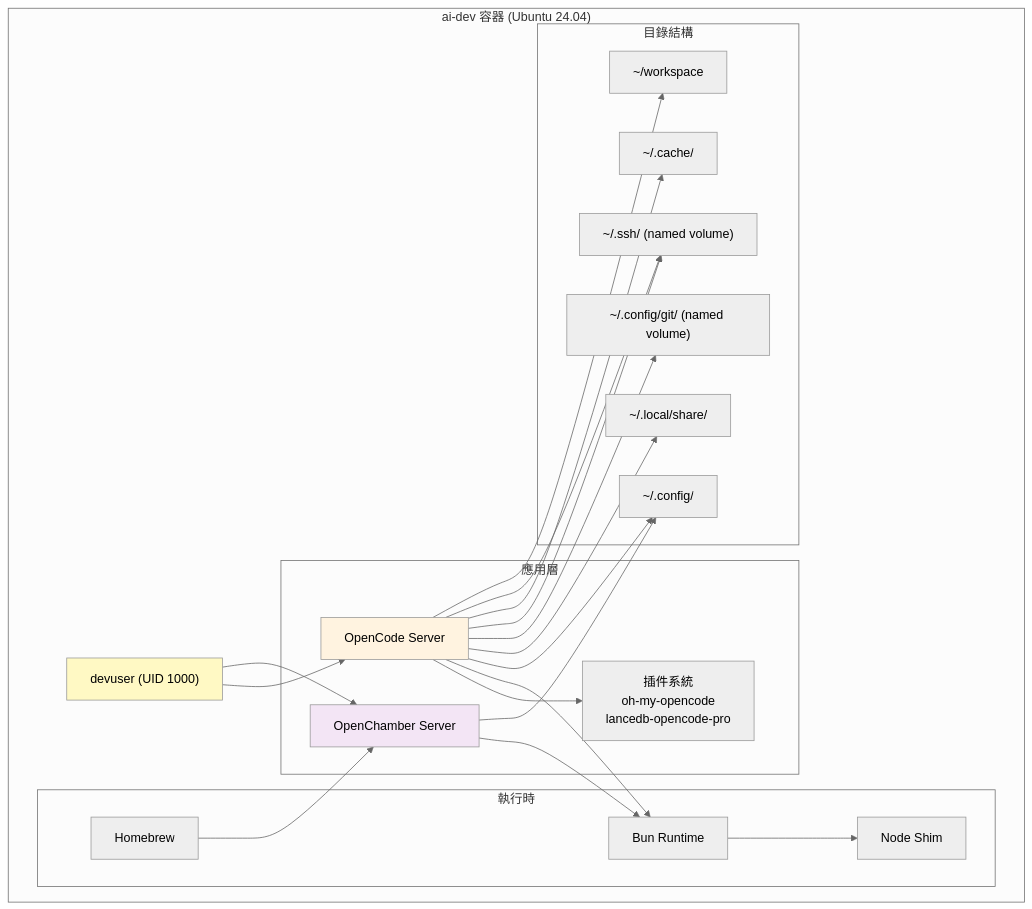
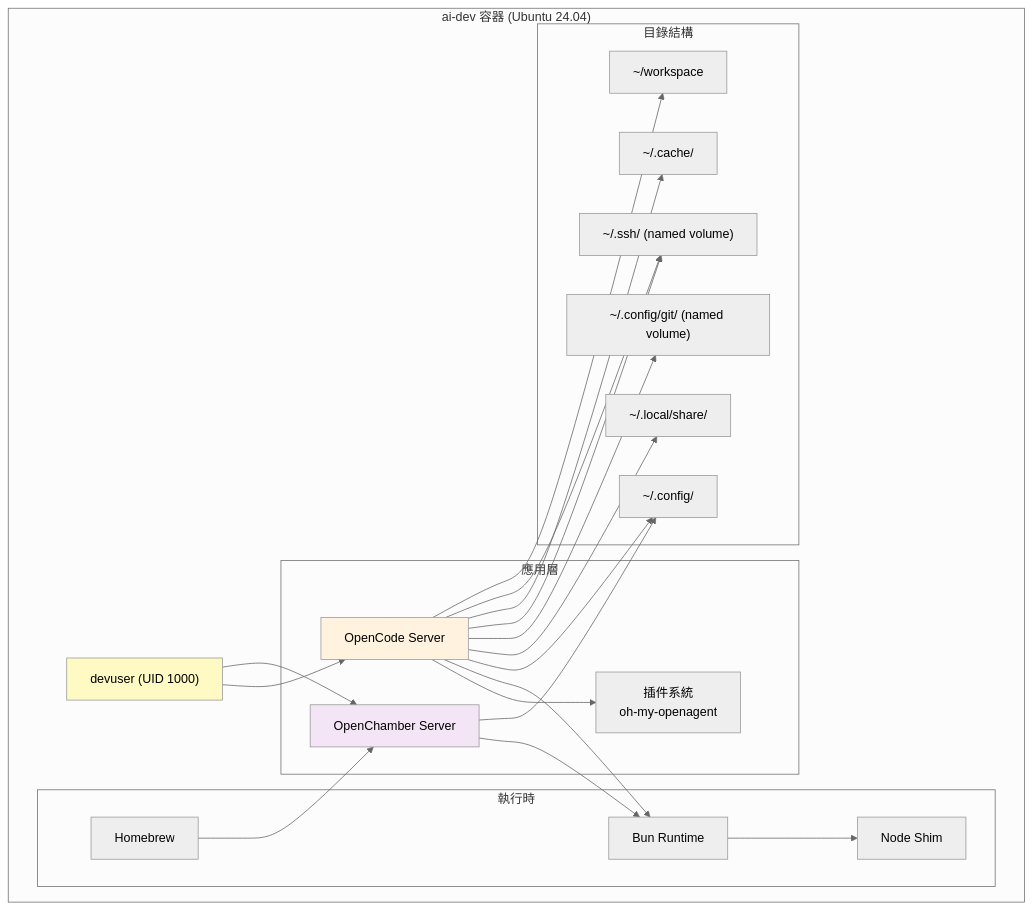
Before and after one commit to tryweb/ai-engkit: the fourth of 11 diagrams in docs/ARCHITECTURE.md, drawn with Mermaid (neutral theme). The commit also changed other lines of this file and 4 other files, not shown here.

First line of the commit message:
chore: remove lancedb-opencode-pro plugin references

````diff
--- a/docs/ARCHITECTURE.md
+++ b/docs/ARCHITECTURE.md
@@ -103,48 +103,48 @@
 ```mermaid
 graph TB
     subgraph "ai-dev 容器 (Ubuntu 24.04)"
         USER["devuser (UID 1000)"]
         
         subgraph "應用層"
             OC_SERVER["OpenCode Server"]
-            OC_PLUGINS["插件系統<br/>oh-my-opencode<br/>lancedb-opencode-pro"]
+            OC_PLUGINS["插件系統<br/>oh-my-openagent"]
             CH_SERVER["OpenChamber Server"]
         end
 
         subgraph "執行時"
             BUN["Bun Runtime"]
             HOMEBREW["Homebrew"]
             NODE_SHIM["Node Shim"]
         end
 
         subgraph "目錄結構"
             WORKSPACE["~/workspace"]
             CONFIG["~/.config/"]
             DATA["~/.local/share/"]
             CACHE["~/.cache/"]
             SSH["~/.ssh/ (named volume)"]
             GIT["~/.config/git/ (named volume)"]
         end
     end
 
     USER --> OC_SERVER
     USER --> CH_SERVER
     OC_SERVER --> OC_PLUGINS
     OC_SERVER --> BUN
     CH_SERVER --> BUN
     BUN --> NODE_SHIM
     HOMEBREW --> CH_SERVER
 
     OC_SERVER --> CONFIG
     OC_SERVER --> DATA
     OC_SERVER --> GIT
     OC_SERVER --> SSH
     OC_SERVER --> CACHE
     CH_SERVER --> CONFIG
     OC_SERVER --> SSH
     OC_SERVER --> WORKSPACE
 
     style USER fill:#fff9c4
     style OC_SERVER fill:#fff3e0
     style CH_SERVER fill:#f3e5f5
 ```
````
